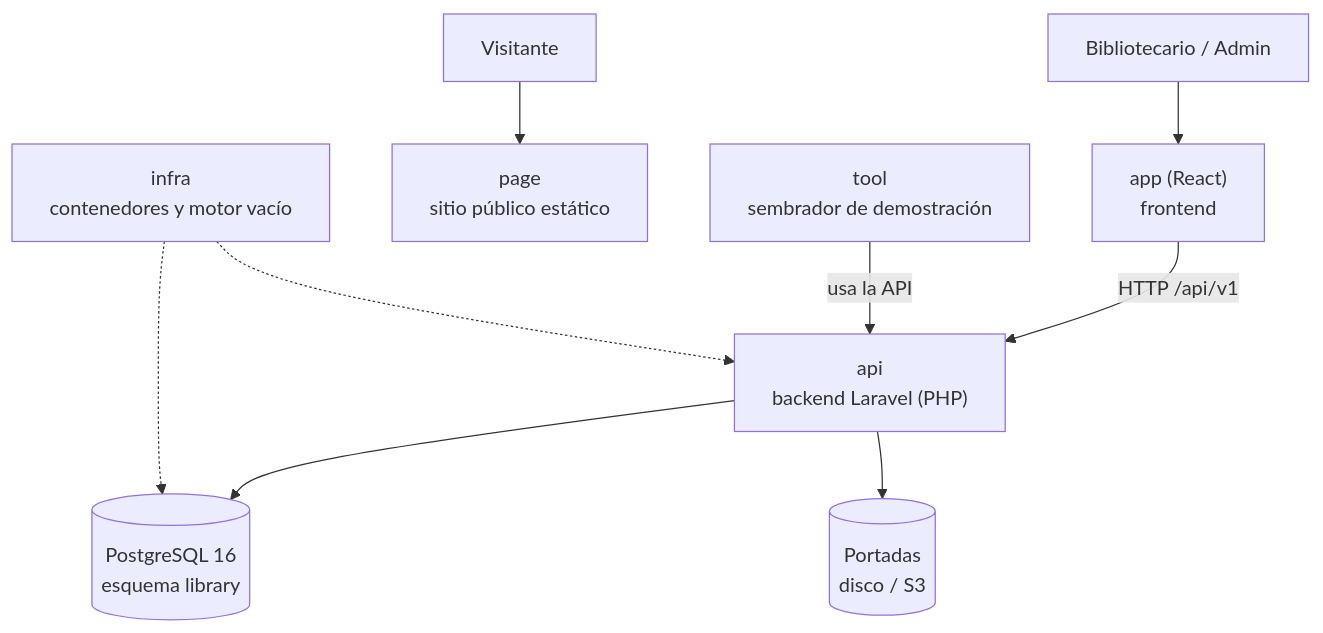
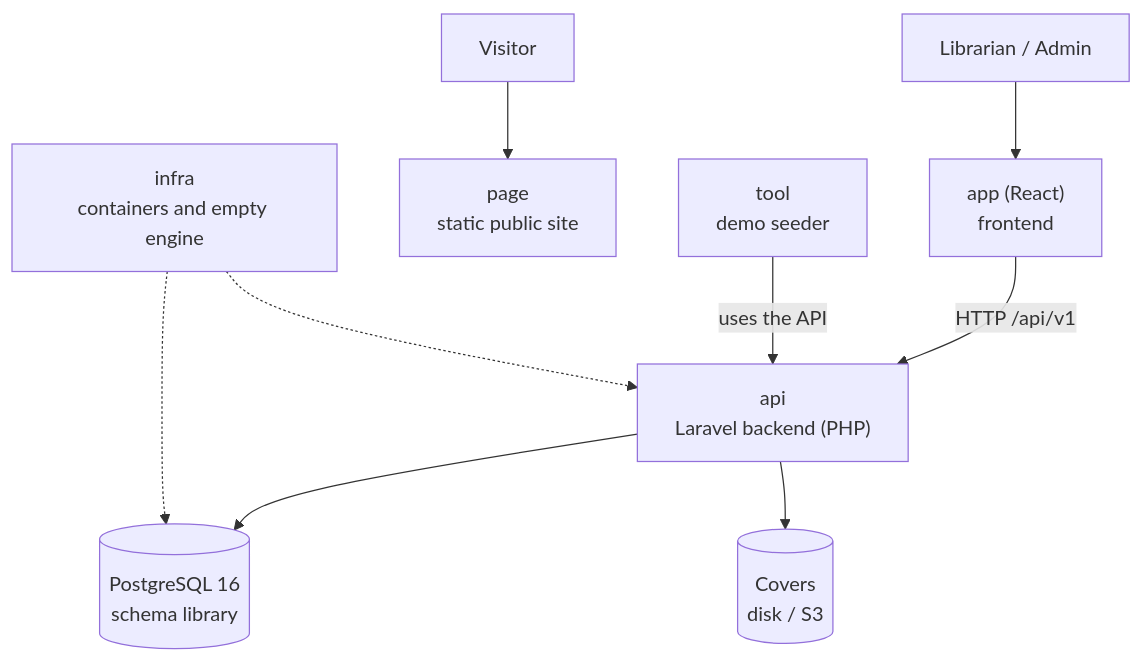
The diagram in spec-laravel/arquitectura-panoramica.md (Esteban1807/test-manager-library-3145556-docs), drawn with Mermaid before and after one commit. The commit also changed other lines of this file and 9 other files, not shown here.

````diff
--- a/spec-laravel/arquitectura-panoramica.md
+++ b/spec-laravel/arquitectura-panoramica.md
@@ -7,11 +7,11 @@
 ```mermaid
 flowchart TB
-    U["Bibliotecario / Admin"] --> APP["app (React)<br/>frontend"]
-    V["Visitante"] --> PAGE["page<br/>sitio público estático"]
-    APP -->|"HTTP /api/v1"| API["api<br/>backend Laravel (PHP)"]
-    API --> PG[("PostgreSQL 16<br/>esquema library")]
-    API --> COV[("Portadas<br/>disco / S3")]
-    TOOL["tool<br/>sembrador de demostración"] -->|"usa la API"| API
-    INFRA["infra<br/>contenedores y motor vacío"] -.-> PG
+    U["Librarian / Admin"] --> APP["app (React)<br/>frontend"]
+    V["Visitor"] --> PAGE["page<br/>static public site"]
+    APP -->|"HTTP /api/v1"| API["api<br/>Laravel backend (PHP)"]
+    API --> PG[("PostgreSQL 16<br/>schema library")]
+    API --> COV[("Covers<br/>disk / S3")]
+    TOOL["tool<br/>demo seeder"] -->|"uses the API"| API
+    INFRA["infra<br/>containers and empty engine"] -.-> PG
     INFRA -.-> API
 ```
````
